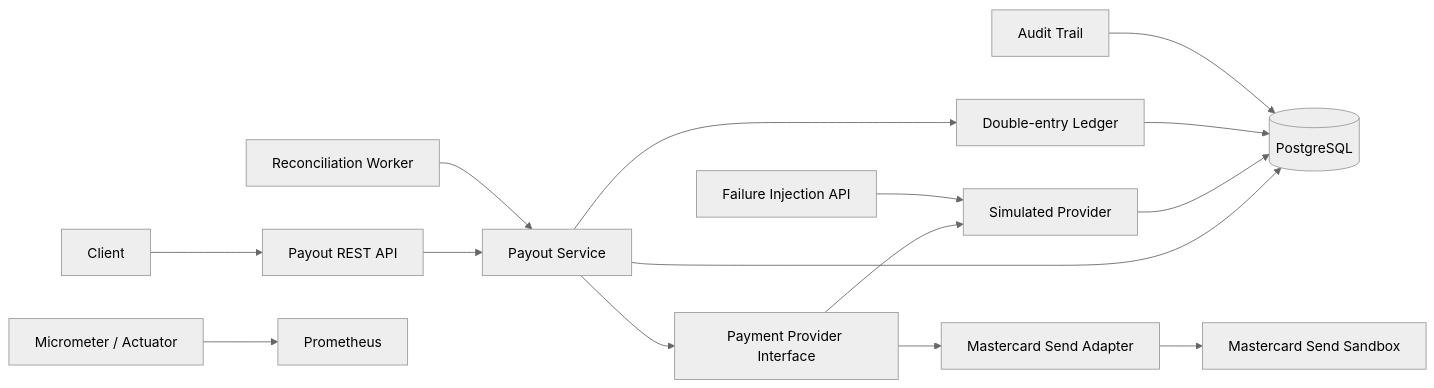
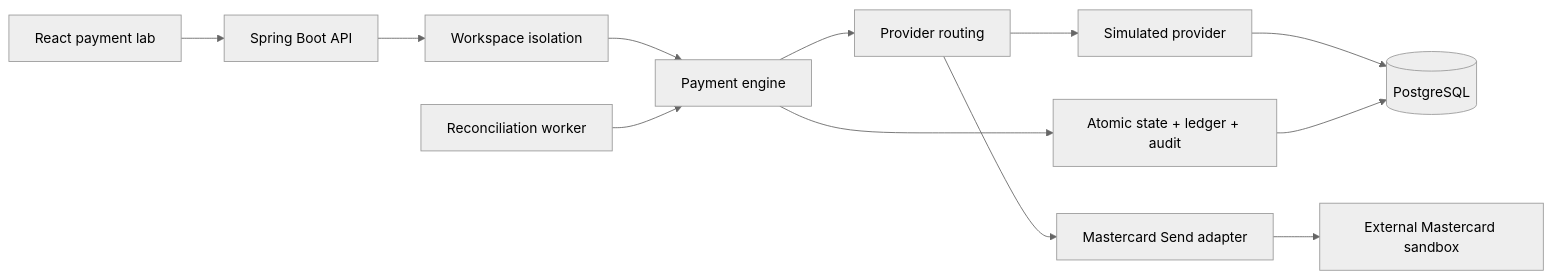
Before and after one commit to yyan115/payment-processing-simulator: the diagram in README.md, drawn with Mermaid (neutral theme). The commit also changed other lines of this file and 7 other files, not shown here.

````diff
--- a/README.md
+++ b/README.md
@@ -30,17 +57,14 @@
 ```mermaid
 flowchart LR
-    C[Client] --> API[Payout REST API]
-    API --> S[Payout Service]
+    UI[React payment lab] --> API[Spring Boot API]
+    API --> W[Workspace isolation]
+    W --> E[Payment engine]
+    E --> R[Provider routing]
+    R --> S[Simulated provider]
+    R --> M[Mastercard Send adapter]
+    M --> MC[External Mastercard sandbox]
     S --> DB[(PostgreSQL)]
-    S --> P[Payment Provider Interface]
-    P --> SIM[Simulated Provider]
-    P --> MC[Mastercard Send Adapter]
-    SIM --> DB
-    MC --> MCS[Mastercard Send Sandbox]
-    FI[Failure Injection API] --> SIM
-    R[Reconciliation Worker] --> S
-    S --> L[Double-entry Ledger]
+    E --> L[Atomic state + ledger + audit]
     L --> DB
-    A[Audit Trail] --> DB
-    M[Micrometer / Actuator] --> PR[Prometheus]
+    REC[Reconciliation worker] --> E
 ```
````
